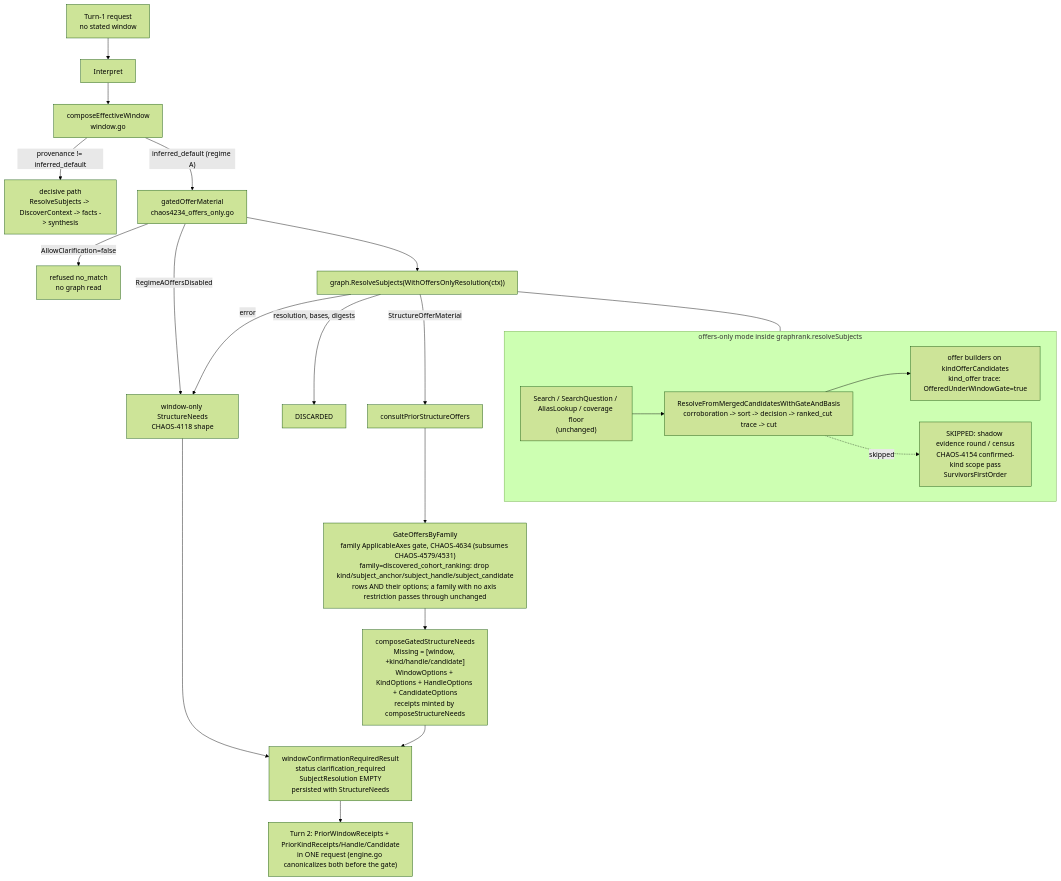
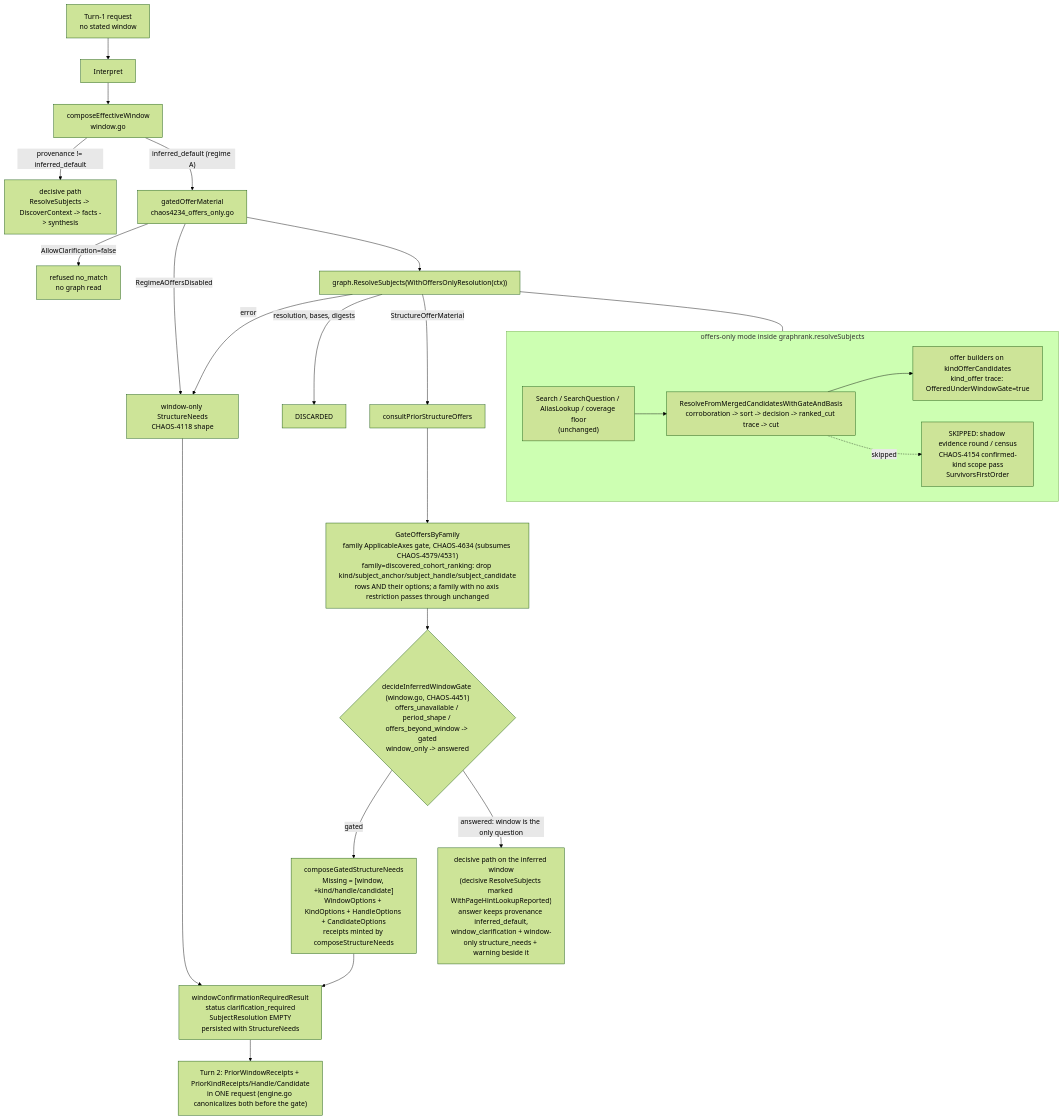
One commit to full-chaos/dev-health-acr changed the diagram in docs/design/context-fabric-regime-a-offers.md. Above: the diagram before and after it, drawn with Mermaid (forest theme). The commit also changed other lines of this file and 51 other files, not shown here.

First line of the commit message:
fix(contextfabric): CHAOS-4451 answer on an inferred window when the window is the only question (#1951)

````diff
--- a/docs/design/context-fabric-regime-a-offers.md
+++ b/docs/design/context-fabric-regime-a-offers.md
@@ -33,28 +33,30 @@
 ```mermaid
 flowchart TD
     Q[Turn-1 request<br/>no stated window] --> I[Interpret]
     I --> EW[composeEffectiveWindow<br/>window.go]
     EW -- "provenance != inferred_default" --> D[decisive path<br/>ResolveSubjects -> DiscoverContext -> facts -> synthesis]
     EW -- "inferred_default (regime A)" --> G[gatedOfferMaterial<br/>chaos4234_offers_only.go]
     G -- "AllowClarification=false" --> RF[refused no_match<br/>no graph read]
     G -- "RegimeAOffersDisabled" --> WO[window-only StructureNeeds<br/>CHAOS-4118 shape]
     G --> RS["graph.ResolveSubjects(WithOffersOnlyResolution(ctx))"]
     RS -- "error" --> WO
     RS -- "resolution, bases, digests" --> X[DISCARDED]
     RS -- "StructureOfferMaterial" --> P[consultPriorStructureOffers]
     P --> CG["GateOffersByFamily<br/>family ApplicableAxes gate, CHAOS-4634 (subsumes CHAOS-4579/4531)<br/>family=discovered_cohort_ranking: drop kind/subject_anchor/subject_handle/subject_candidate<br/>rows AND their options; a family with no axis restriction passes through unchanged"]
-    CG --> C["composeGatedStructureNeeds<br/>Missing = [window, +kind/handle/candidate]<br/>WindowOptions + KindOptions + HandleOptions + CandidateOptions<br/>receipts minted by composeStructureNeeds"]
+    CG --> DEC{"decideInferredWindowGate (window.go, CHAOS-4451)<br/>offers_unavailable / period_shape / offers_beyond_window -> gated<br/>window_only -> answered"}
+    DEC -- "gated" --> C["composeGatedStructureNeeds<br/>Missing = [window, +kind/handle/candidate]<br/>WindowOptions + KindOptions + HandleOptions + CandidateOptions<br/>receipts minted by composeStructureNeeds"]
+    DEC -- "answered: window is the only question" --> ANS["decisive path on the inferred window<br/>(decisive ResolveSubjects marked WithPageHintLookupReported)<br/>answer keeps provenance inferred_default,<br/>window_clarification + window-only structure_needs + warning beside it"]
     WO --> R
     C --> R[windowConfirmationRequiredResult<br/>status clarification_required<br/>SubjectResolution EMPTY<br/>persisted with StructureNeeds]
     R --> T2["Turn 2: PriorWindowReceipts + PriorKindReceipts/Handle/Candidate<br/>in ONE request (engine.go canonicalizes both before the gate)"]
 
     subgraph OFFERS_ONLY["offers-only mode inside graphrank.resolveSubjects"]
         S1["Search / SearchQuestion / AliasLookup / coverage floor<br/>(unchanged)"]
         S2["ResolveFromMergedCandidatesWithGateAndBasis<br/>corroboration -> sort -> decision -> ranked_cut trace -> cut"]
         S3["SKIPPED: shadow evidence round / census<br/>CHAOS-4154 confirmed-kind scope pass<br/>SurvivorsFirstOrder"]
         S4["offer builders on kindOfferCandidates<br/>kind_offer trace: OfferedUnderWindowGate=true"]
         S1 --> S2 --> S4
         S2 -. "skipped" .-> S3
     end
     RS --- OFFERS_ONLY
 ```
````
